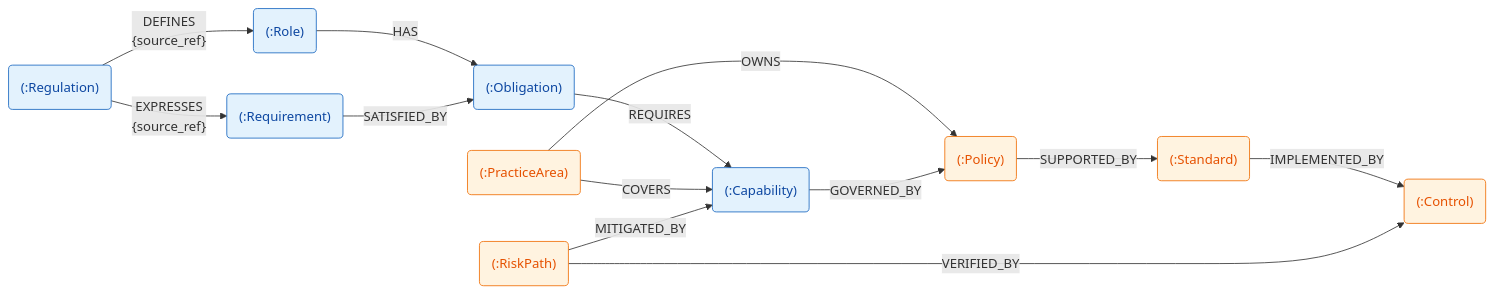
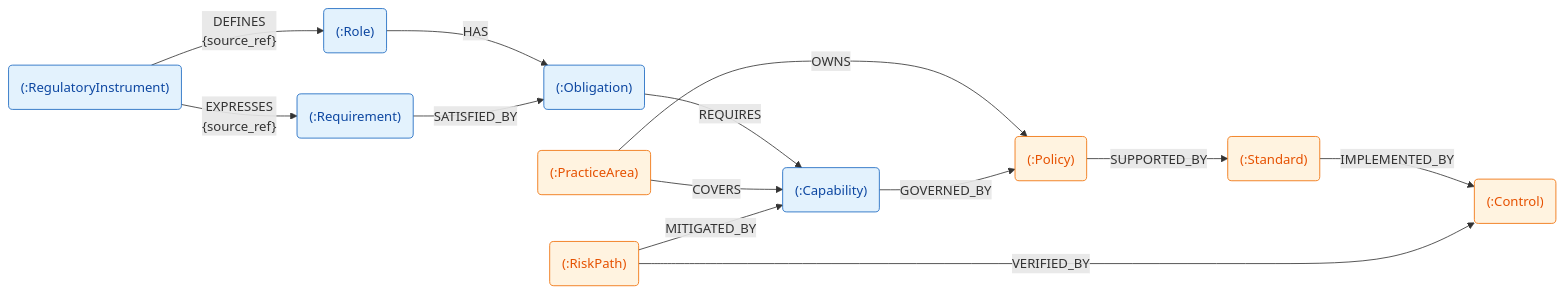
One commit to mindovermachine-dev/policy-system changed the first of 4 diagrams in docs/artifacts/ps-domain-concepts.md. Above: the diagram before and after it, drawn with Mermaid. The commit also changed other lines of this file and 33 other files, not shown here.

Commit message:
fix(rename): renamed regulation to regulatoryinstrument to clarify that a regulation is different from a directive but they are both regulatory-instruments

````diff
--- a/docs/artifacts/ps-domain-concepts.md
+++ b/docs/artifacts/ps-domain-concepts.md
@@ -69,31 +69,31 @@
 ```mermaid
 graph LR
-    Regulation("(:Regulation)")
+    RegulatoryInstrument("(:RegulatoryInstrument)")
     Role("(:Role)")
     Requirement("(:Requirement)")
     Obligation("(:Obligation)")
     PracticeArea("(:PracticeArea)")
     RiskPath("(:RiskPath)")
     Capability("(:Capability)")
     Policy("(:Policy)")
     Standard("(:Standard)")
     Control("(:Control)")
 
-    Regulation -->|"DEFINES<br/>{source_ref}"| Role
-    Regulation -->|"EXPRESSES<br/>{source_ref}"| Requirement
+    RegulatoryInstrument -->|"DEFINES<br/>{source_ref}"| Role
+    RegulatoryInstrument -->|"EXPRESSES<br/>{source_ref}"| Requirement
     Role -->|"HAS"| Obligation
     Requirement -->|"SATISFIED_BY"| Obligation
     Obligation -->|"REQUIRES"| Capability
     PracticeArea -->|"COVERS"| Capability
     PracticeArea -->|"OWNS"| Policy
     RiskPath -->|"MITIGATED_BY"| Capability
     Capability -->|"GOVERNED_BY"| Policy
     Policy -->|"SUPPORTED_BY"| Standard
     Standard -->|"IMPLEMENTED_BY"| Control
     RiskPath -->|"VERIFIED_BY"| Control
 
     classDef regulatory fill:#E3F2FD,stroke:#1565C0,color:#0D47A1
     classDef governance fill:#FFF3E0,stroke:#EF6C00,color:#E65100
-    class Regulation,Role,Requirement,Obligation,Capability regulatory
+    class RegulatoryInstrument,Role,Requirement,Obligation,Capability regulatory
     class Policy,Standard,Control,PracticeArea,RiskPath governance
 ```
````
